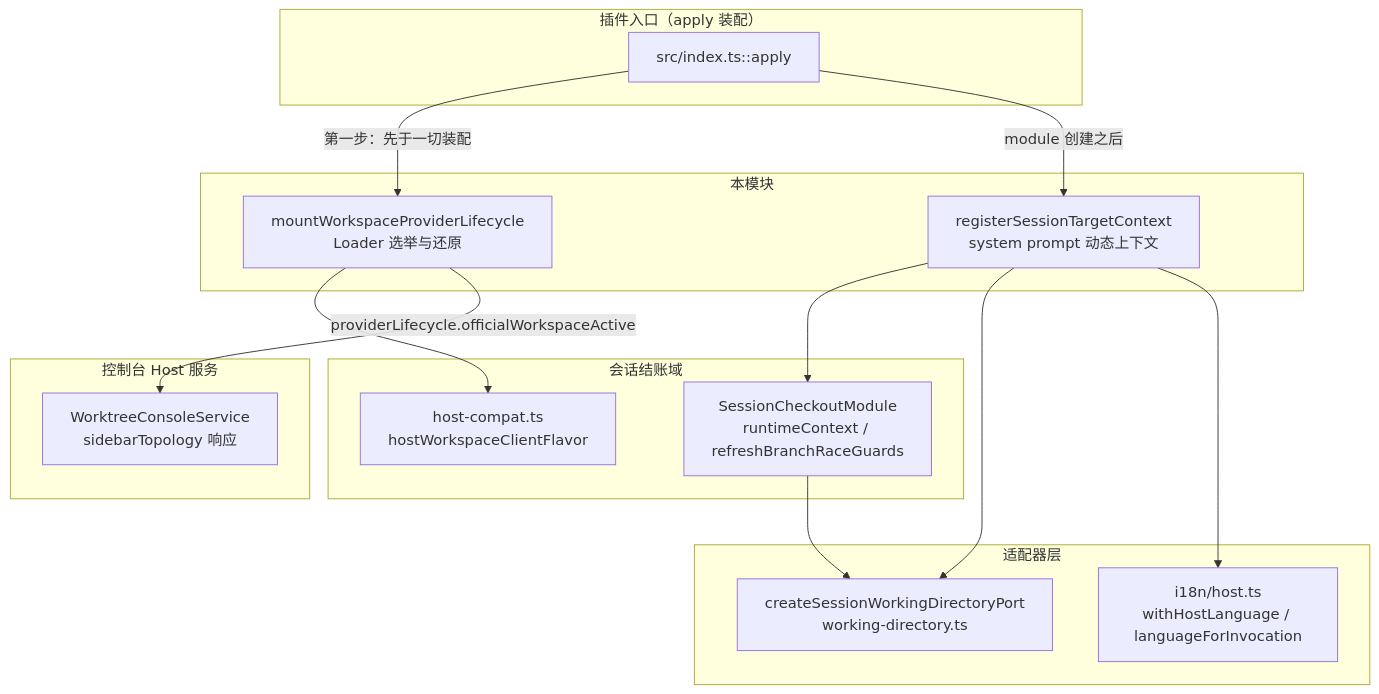
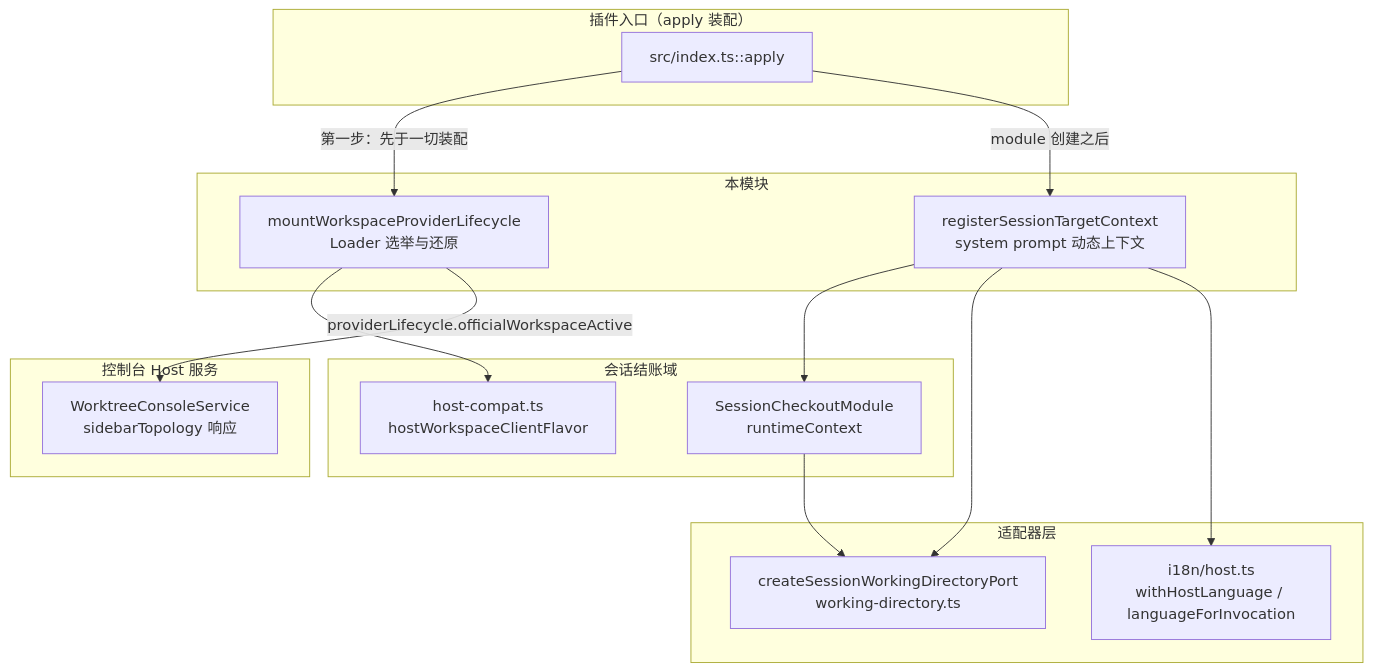
One commit to ikliml666/dsh-git-workspace changed the first of 7 diagrams in .codewiki/_native-state/docs/core_worktree_domain_and_infrastructure/session_checkout_domain/session_checkout_runtime/workspace_provider_lifecycle.md. Above: the diagram before and after it, drawn with Mermaid. The commit also changed other lines of this file and 71 other files, not shown here.

````diff
--- a/.codewiki/_native-state/docs/core_worktree_domain_and_infrastructure/session_checkout_domain/session_checkout_runtime/workspace_provider_lifecycle.md
+++ b/.codewiki/_native-state/docs/core_worktree_domain_and_infrastructure/session_checkout_domain/session_checkout_runtime/workspace_provider_lifecycle.md
@@ -18,34 +18,34 @@
 ```mermaid
 flowchart TB
     subgraph Entry["插件入口（apply 装配）"]
         Apply["src/index.ts::apply"]
     end
 
     subgraph This["本模块"]
         Lifecycle["mountWorkspaceProviderLifecycle<br/>Loader 选举与还原"]
         TargetCtx["registerSessionTargetContext<br/>system prompt 动态上下文"]
     end
 
     subgraph Domain["会话结账域"]
-        Module["SessionCheckoutModule<br/>runtimeContext / refreshBranchRaceGuards"]
+        Module["SessionCheckoutModule<br/>runtimeContext"]
         Flavor["host-compat.ts<br/>hostWorkspaceClientFlavor"]
     end
 
     subgraph Adapters["适配器层"]
         WD["createSessionWorkingDirectoryPort<br/>working-directory.ts"]
         I18N["i18n/host.ts<br/>withHostLanguage / languageForInvocation"]
     end
 
     subgraph Console["控制台 Host 服务"]
         Service["WorktreeConsoleService<br/>sidebarTopology 响应"]
     end
 
     Apply -->|"第一步：先于一切装配"| Lifecycle
     Apply -->|"module 创建之后"| TargetCtx
     Lifecycle --> Flavor
     Lifecycle -->|"providerLifecycle.officialWorkspaceActive"| Service
     TargetCtx --> Module
     TargetCtx --> WD
     TargetCtx --> I18N
     Module --> WD
 ```
````
